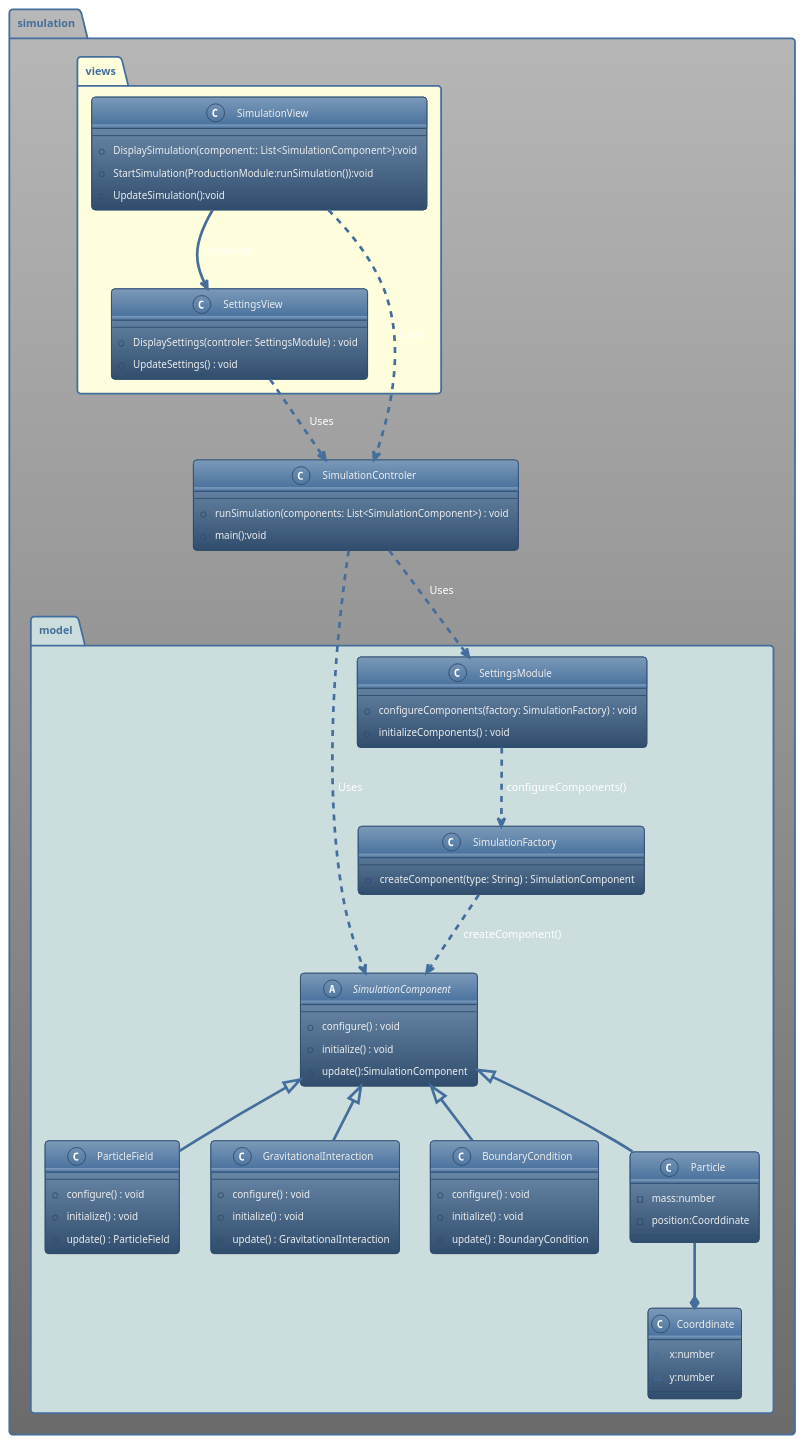
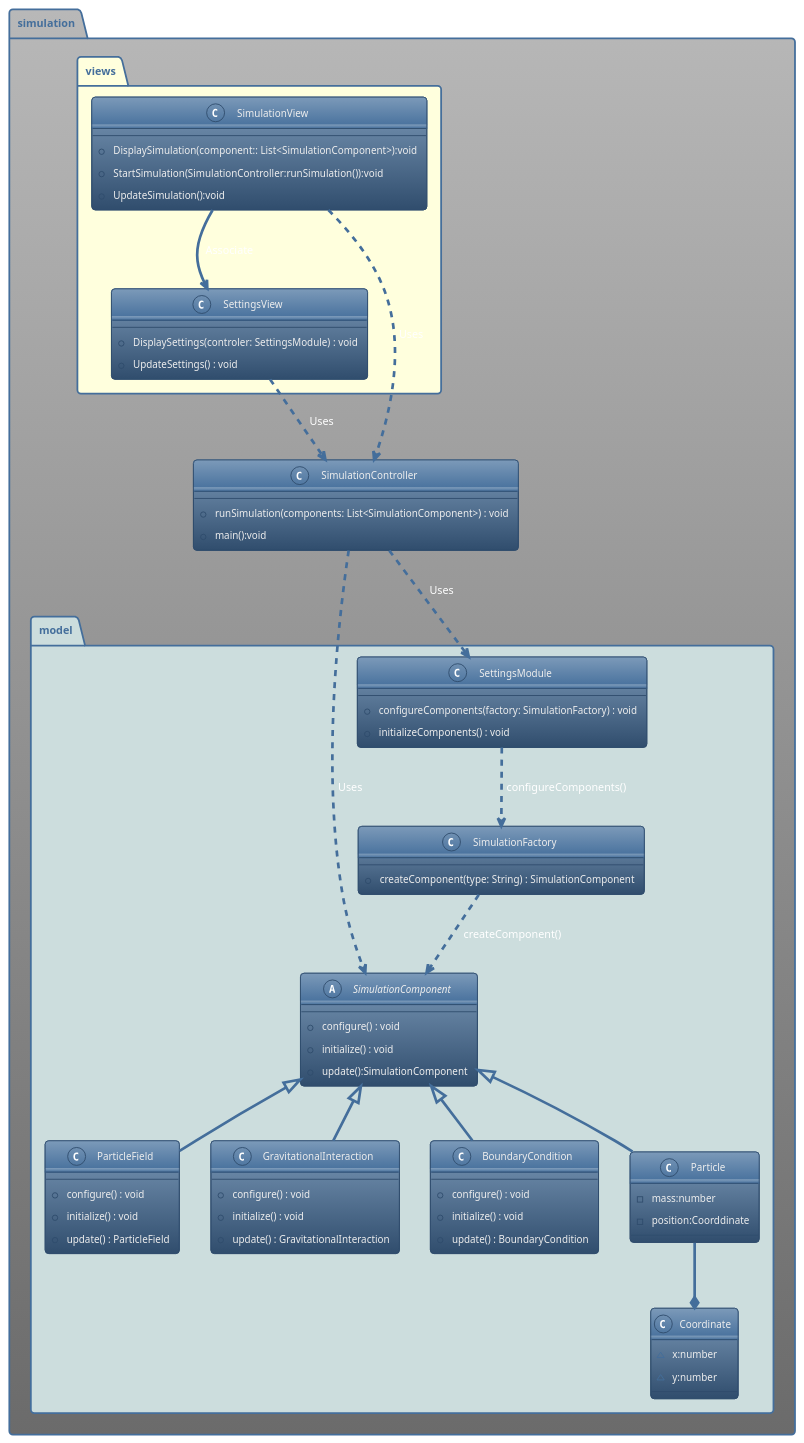
Before and after one commit to programming-formalisms/programming_formalisms_example_project: the diagram in CDAI_MVC_Simulation.puml, drawn with PlantUML.

Commit message:
Updated from the markdown so that the models are the same

```diff
--- a/CDAI_MVC_Simulation.puml
+++ b/CDAI_MVC_Simulation.puml
@@ -1,84 +1,85 @@
 @startuml SimulationFactory
 !theme spacelab
 
 package simulation{
-class SimulationControler {
+
+class SimulationController {
   +runSimulation(components: List<SimulationComponent>) : void
   +main():void
 }
 
 package simulation.model #CCDDDD{
 
 Abstract SimulationComponent {
   +configure() : void
   +initialize() : void
   +update():SimulationComponent
   
 }
 
 class ParticleField {
   +configure() : void
   +initialize() : void
   +update() : ParticleField
 }
 
 class GravitationalInteraction {
   +configure() : void
   +initialize() : void
   +update() : GravitationalInteraction
 }
 
 class BoundaryCondition {
   +configure() : void
   +initialize() : void
   +update() : BoundaryCondition
 }
 
 class SimulationFactory {
   +createComponent(type: String) : SimulationComponent
 }
 
 class SettingsModule {
   +configureComponents(factory: SimulationFactory) : void
   +initializeComponents() : void
 }
 class Particle {
   -mass:number
   -position:Coorddinate
 }
-Class Coorddinate{
+Class Coordinate{
  ~x:number
  ~y:number
 }
 }
 
 package simulation.views #FFFFDD {
 class SettingsView {
   +DisplaySettings(controler: SettingsModule) : void
   +UpdateSettings() : void
 }
 
 class SimulationView{
  +DisplaySimulation(component:: List<SimulationComponent>):void
- +StartSimulation(ProductionModule:runSimulation()):void
+ +StartSimulation(SimulationController:runSimulation()):void
  +UpdateSimulation():void
 }
 }
 
 SimulationFactory ..> SimulationComponent: createComponent()
 SimulationComponent <|-- ParticleField
 SimulationComponent <|-- GravitationalInteraction
 SimulationComponent <|-- BoundaryCondition
 SimulationComponent <|-- Particle
-Particle --* Coorddinate
+Particle --* Coordinate
 
 
-SimulationControler ..> SettingsModule : Uses
-SimulationControler ..> SimulationComponent : Uses
+SimulationController ..> SettingsModule : Uses
+SimulationController ..> SimulationComponent : Uses
 
-SettingsView ..> SimulationControler: Uses
+SettingsView ..> SimulationController: Uses
 SettingsModule ..> SimulationFactory : configureComponents()
-SimulationView ..>SimulationControler:Uses
+SimulationView ..>SimulationController:Uses
 SimulationView-->SettingsView: Associate
 
 @enduml
```
